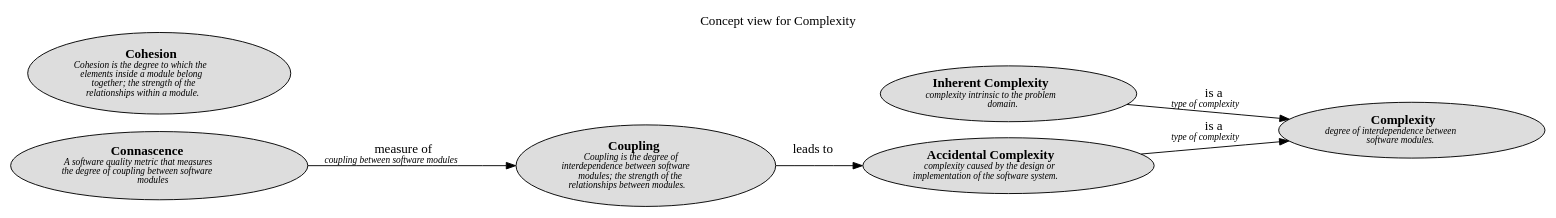
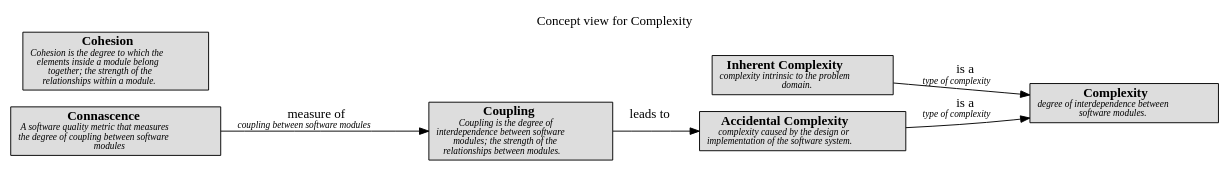
One commit to lsolbach/overarch-models changed the diagram in docs/software-development/complexity/concept-view.dot. Above: the diagram before and after it, drawn with Graphviz. The commit also changed 57 other files, not shown here.

```diff
--- a/docs/software-development/complexity/concept-view.dot
+++ b/docs/software-development/complexity/concept-view.dot
@@ -1,21 +1,21 @@
 digraph "Concept view for Complexity" {
   labelloc= "t"
   label="Concept view for Complexity"
   rankdir="LR"
 
   layout=dot
-software_development_complexity__coupling [shape=ellipse style=filled fillcolor="#dddddd" label=<<B> Coupling </B><BR/><FONT POINT-SIZE="10"><I> Coupling is the degree of<BR/>interdependence between software<BR/>modules; the strength of the<BR/>relationships between modules. </I></FONT>>]
-software_development_complexity__cohesion [shape=ellipse style=filled fillcolor="#dddddd" label=<<B>Cohesion</B><BR/><FONT POINT-SIZE="10"><I>Cohesion is the degree to which the<BR/>elements inside a module belong<BR/>together; the strength of the<BR/>relationships within a module. </I></FONT>>]
-software_development_complexity__complexity [shape=ellipse style=filled fillcolor="#dddddd" label=<<B>Complexity</B><BR/><FONT POINT-SIZE="10"><I>degree of interdependence between<BR/>software modules. </I></FONT>>]
-software_development_complexity__accidental_complexity [shape=ellipse style=filled fillcolor="#dddddd" label=<<B>Accidental Complexity</B><BR/><FONT POINT-SIZE="10"><I>complexity caused by the design or<BR/>implementation of the software system. </I></FONT>>]
-software_development_complexity__inherent_complexity [shape=ellipse style=filled fillcolor="#dddddd" label=<<B>Inherent Complexity</B><BR/><FONT POINT-SIZE="10"><I>complexity intrinsic to the problem<BR/>domain. </I></FONT>>]
-software_development_complexity_connascence__connascence [shape=ellipse style=filled fillcolor="#dddddd" label=<<B>Connascence</B><BR/><FONT POINT-SIZE="10"><I>A software quality metric that measures<BR/>the degree of coupling between software<BR/>modules </I></FONT>>]
+software_development_complexity__coupling [shape=box style=filled fillcolor="#dddddd" label=<<B> Coupling </B><BR/><FONT POINT-SIZE="10"><I> Coupling is the degree of<BR/>interdependence between software<BR/>modules; the strength of the<BR/>relationships between modules. </I></FONT>>]
+software_development_complexity__cohesion [shape=box style=filled fillcolor="#dddddd" label=<<B>Cohesion</B><BR/><FONT POINT-SIZE="10"><I>Cohesion is the degree to which the<BR/>elements inside a module belong<BR/>together; the strength of the<BR/>relationships within a module. </I></FONT>>]
+software_development_complexity__complexity [shape=box style=filled fillcolor="#dddddd" label=<<B>Complexity</B><BR/><FONT POINT-SIZE="10"><I>degree of interdependence between<BR/>software modules. </I></FONT>>]
+software_development_complexity__accidental_complexity [shape=box style=filled fillcolor="#dddddd" label=<<B>Accidental Complexity</B><BR/><FONT POINT-SIZE="10"><I>complexity caused by the design or<BR/>implementation of the software system. </I></FONT>>]
+software_development_complexity__inherent_complexity [shape=box style=filled fillcolor="#dddddd" label=<<B>Inherent Complexity</B><BR/><FONT POINT-SIZE="10"><I>complexity intrinsic to the problem<BR/>domain. </I></FONT>>]
+software_development_complexity_connascence__connascence [shape=box style=filled fillcolor="#dddddd" label=<<B>Connascence</B><BR/><FONT POINT-SIZE="10"><I>A software quality metric that measures<BR/>the degree of coupling between software<BR/>modules </I></FONT>>]
  
 software_development_complexity__coupling -> software_development_complexity__accidental_complexity [label=<leads to<BR/><FONT POINT-SIZE="10"><I> </I></FONT>>]
 software_development_complexity_connascence__connascence -> software_development_complexity__coupling [label=<measure of<BR/><FONT POINT-SIZE="10"><I>coupling between software modules </I></FONT>>]
 software_development_complexity__inherent_complexity -> software_development_complexity__complexity [label=<is a<BR/><FONT POINT-SIZE="10"><I>type of complexity </I></FONT>>]
 software_development_complexity__accidental_complexity -> software_development_complexity__complexity [label=<is a<BR/><FONT POINT-SIZE="10"><I>type of complexity </I></FONT>>]
  
 }
 
 // (generated by Overarch with template views/view.dot.cmb)
```
